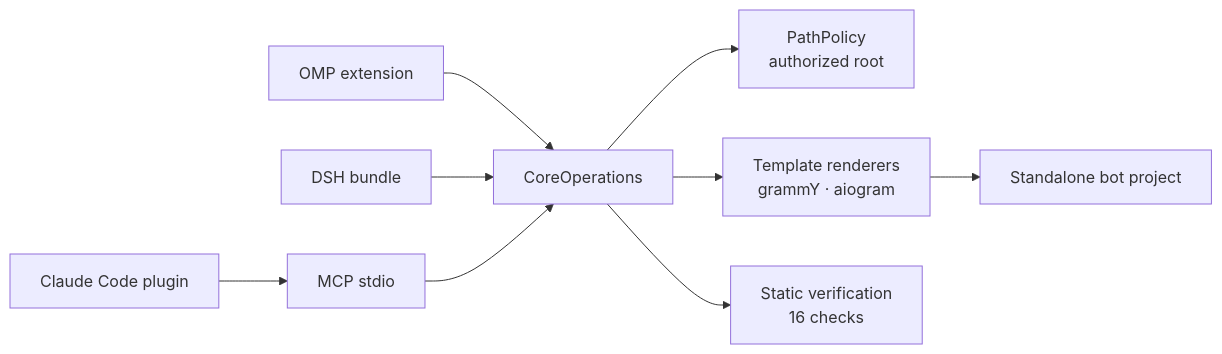
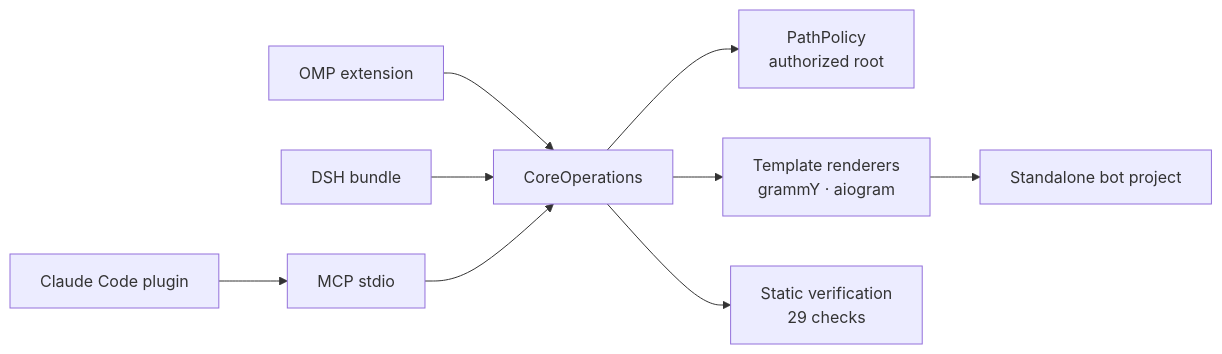
Before and after one commit to lukavtz/aurifex: the diagram in README.md, drawn with Mermaid. The commit also changed other lines of this file and 255 other files, not shown here.

````diff
--- a/README.md
+++ b/README.md
@@ -86,11 +86,11 @@
 ```mermaid
 flowchart LR
   OMP[OMP extension] --> CORE[CoreOperations]
   DSH[DSH bundle] --> CORE
   MCP[MCP stdio] --> CORE
   CC[Claude Code plugin] --> MCP
   CORE --> POLICY[PathPolicy<br/>authorized root]
   CORE --> TPL[Template renderers<br/>grammY · aiogram]
-  CORE --> CHECK[Static verification<br/>16 checks]
+  CORE --> CHECK[Static verification<br/>29 checks]
   TPL --> BOT[Standalone bot project]
 ```
````
